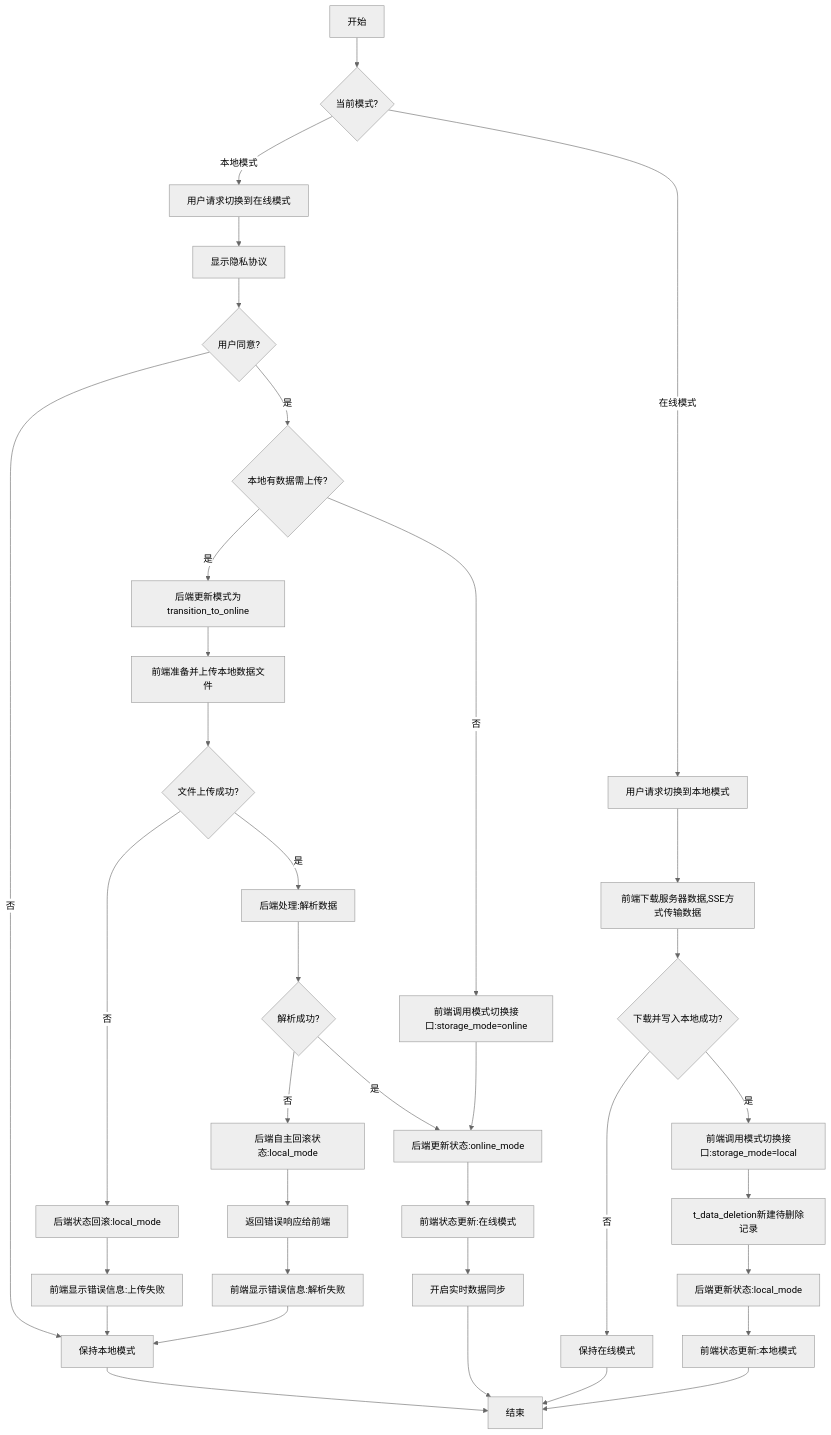
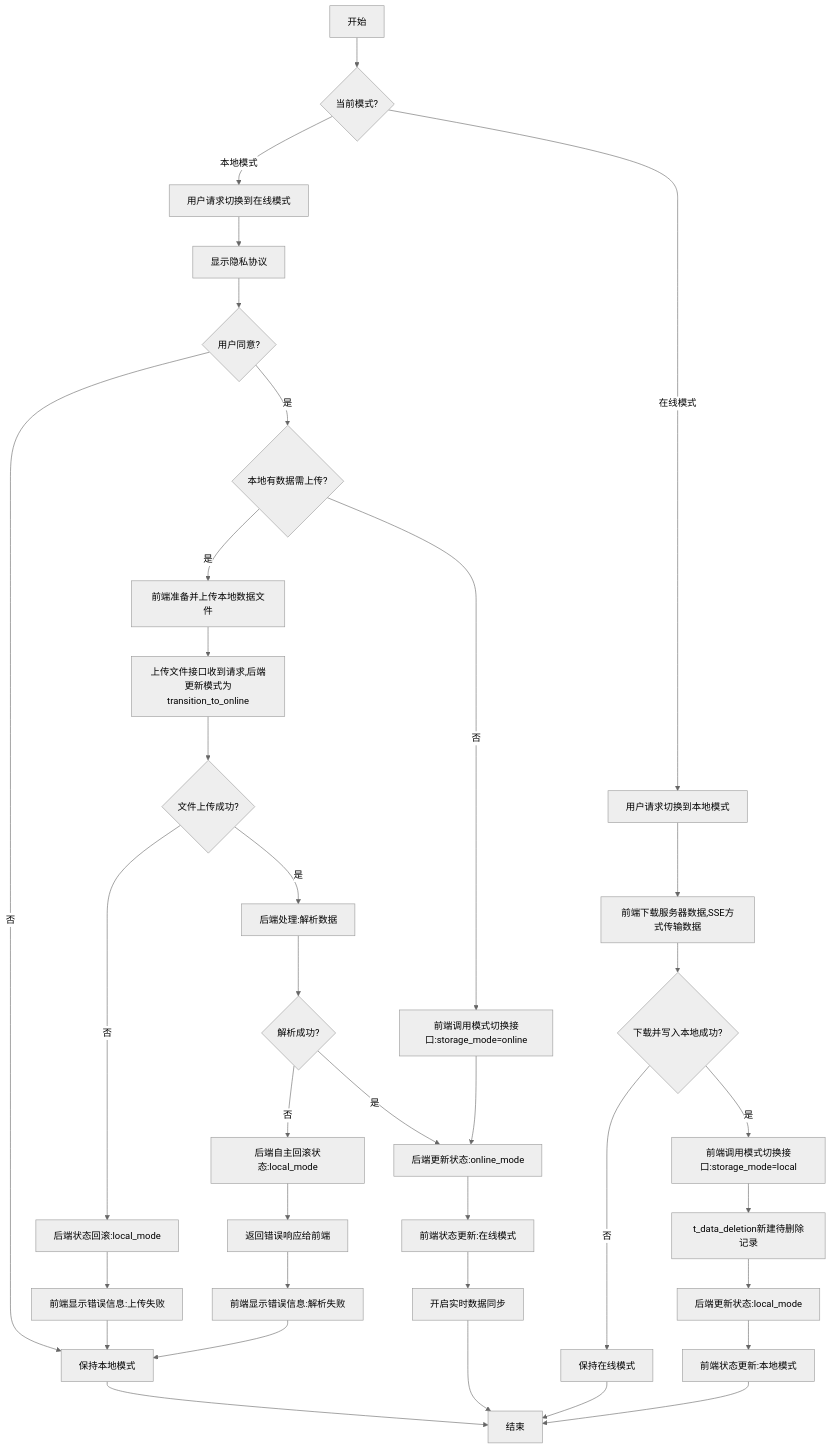
One commit to yingjianzh/iodraw-files changed the diagram in all/未命名-68.md. Above: the diagram before and after it, drawn with Mermaid (neutral theme).

Commit message:
2025-06-04 10:12:36 update

````diff
--- a/all/未命名-68.md
+++ b/all/未命名-68.md
@@ -1,59 +1,59 @@
 ```mermaid
 flowchart TD
     A[开始] --> B{当前模式?}
     
     %% 本地模式转在线模式
     B -->|本地模式| C[用户请求切换到在线模式]
     C --> D[显示隐私协议]
     D --> E{用户同意?}
 
     E -->|否| F[保持本地模式]
     F --> Z[结束]
     
     E -->|是| J{本地有数据需上传?}
     
     %% 有本地数据需上传的情况
-    J -->|是| G1[后端更新模式为transition_to_online]
-    G1 --> K[前端准备并上传本地数据文件]
-    K --> L{文件上传成功?}
+    J -->|是| K[前端准备并上传本地数据文件]
+    K --> K1[上传文件接口收到请求,后端更新模式为transition_to_online]
+    K1 --> L{文件上传成功?}
     
     %% 上传失败的情况
     L -->|否| N[后端状态回滚:local_mode]
     N --> O[前端显示错误信息:上传失败]
     O --> F
     
     %% 上传成功但解析失败的情况
     L -->|是| P[后端处理:解析数据]
     P --> Q{解析成功?}
     Q -->|否| R[后端自主回滚状态:local_mode]
     R --> S[返回错误响应给前端]
     S --> T[前端显示错误信息:解析失败]
     T --> F
     
     %% 全部成功的情况
     Q -->|是| U[后端更新状态:online_mode]
     
     %% 本地无数据直接更新为终态
     J -->|否| V[前端调用模式切换接口:storage_mode=online]
     V --> U
     
     U --> W[前端状态更新:在线模式]
     W --> X[开启实时数据同步]
     X --> Z
     
     %% 在线模式转本地模式
     B -->|在线模式| AA[用户请求切换到本地模式]
     AA --> AE[前端下载服务器数据,SSE方式传输数据]
     AE --> AF{下载并写入本地成功?}
     
     %% 下载失败的情况
     AF -->|否| AJ[保持在线模式]
     AJ --> Z
     
     %% 下载成功的情况
     AF -->|是| AK[前端调用模式切换接口:storage_mode=local]
     AK --> AL[t_data_deletion新建待删除记录]
     AL --> AM[后端更新状态:local_mode]
     AM --> AN[前端状态更新:本地模式]
     AN --> Z
 ```
````
